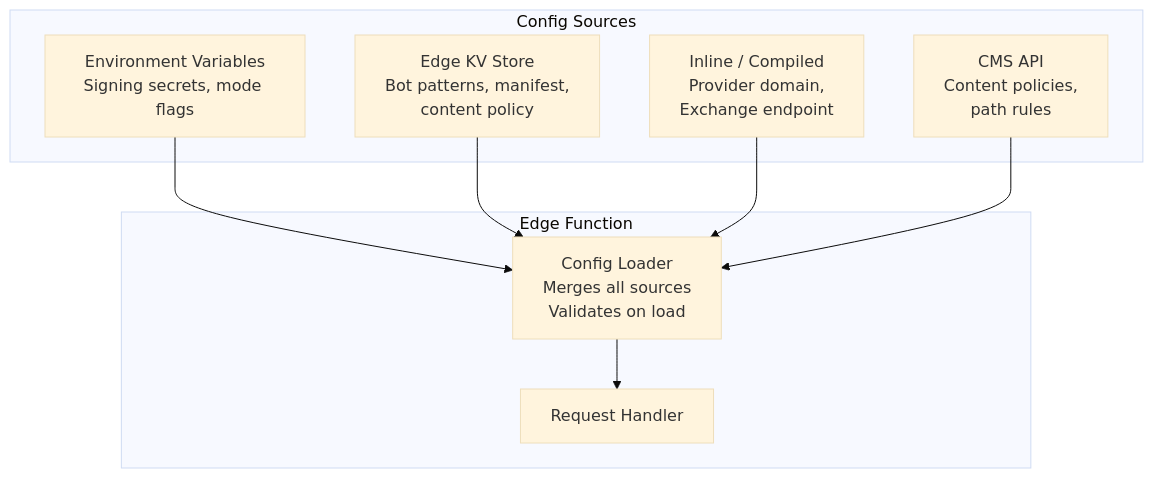
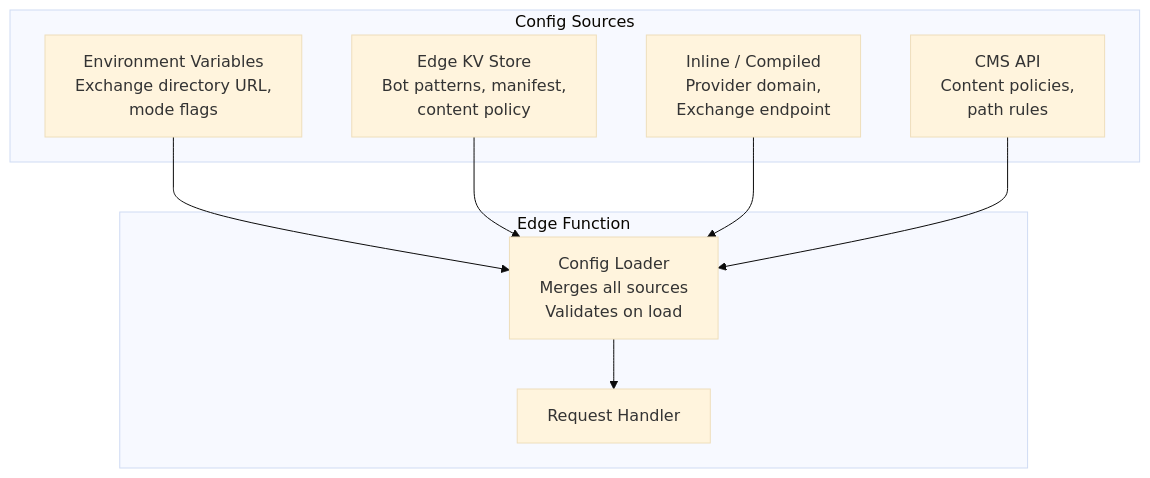
The second of 3 diagrams in website/src/content/docs/components/edge-function/deployment.mdx (FORA-Protocol/protocol), drawn with Mermaid (base theme) before and after one commit. The commit also changed other lines of this file and 201 other files, not shown here.

````diff
--- a/website/src/content/docs/components/edge-function/deployment.mdx
+++ b/website/src/content/docs/components/edge-function/deployment.mdx
@@ -116,20 +115,20 @@
 ```mermaid
 graph TD
     subgraph "Config Sources"
-        ENV[Environment Variables<br/>Signing secrets, mode flags]
+        ENV[Environment Variables<br/>Exchange directory URL,<br/>mode flags]
         KV[Edge KV Store<br/>Bot patterns, manifest,<br/>content policy]
         INLINE[Inline / Compiled<br/>Provider domain,<br/>Exchange endpoint]
         CMS[CMS API<br/>Content policies,<br/>path rules]
     end
 
     subgraph "Edge Function"
         CONFIG_LOADER[Config Loader<br/>Merges all sources<br/>Validates on load]
         HANDLER[Request Handler]
     end
 
     ENV --> CONFIG_LOADER
     KV --> CONFIG_LOADER
     INLINE --> CONFIG_LOADER
     CMS --> CONFIG_LOADER
     CONFIG_LOADER --> HANDLER
 ```
````
